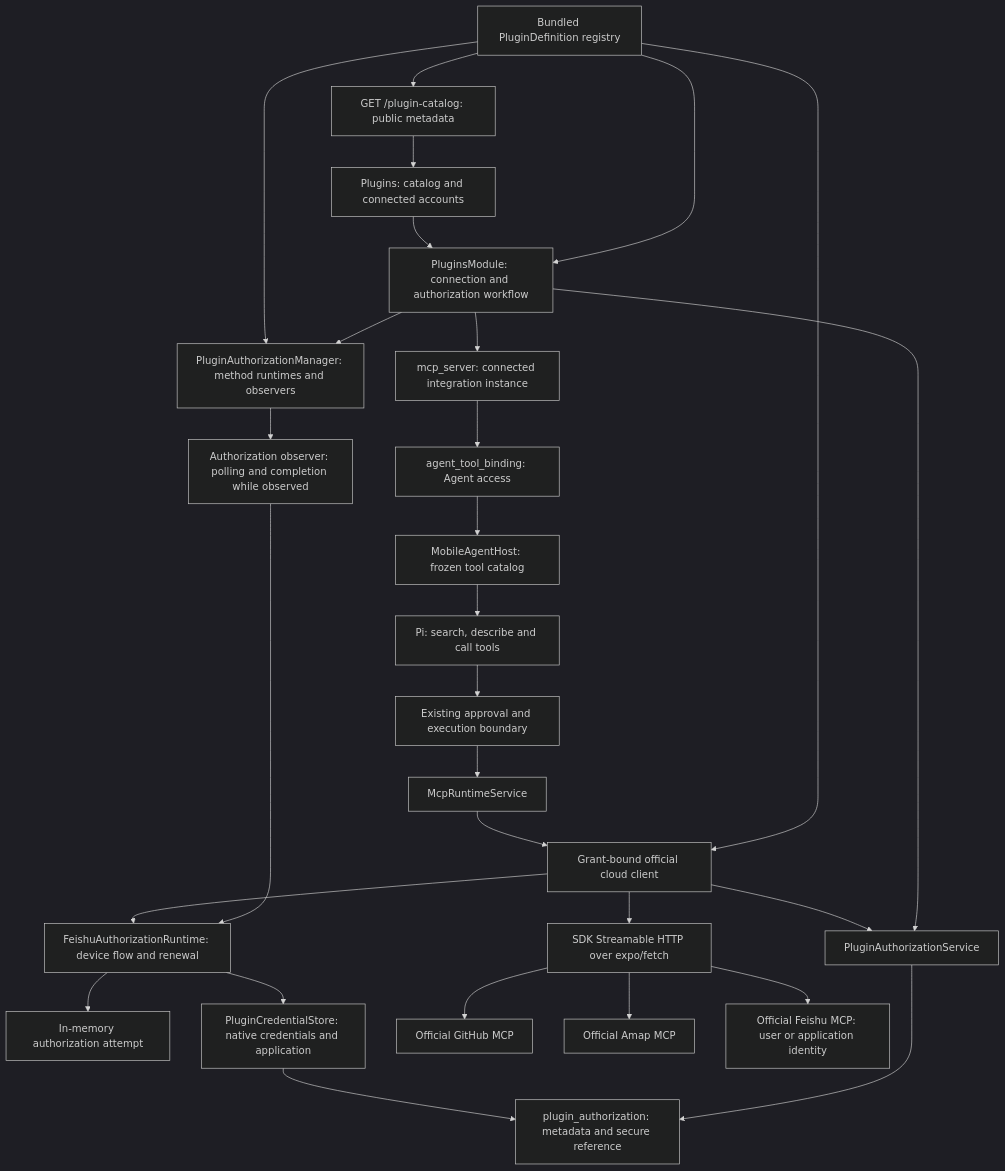
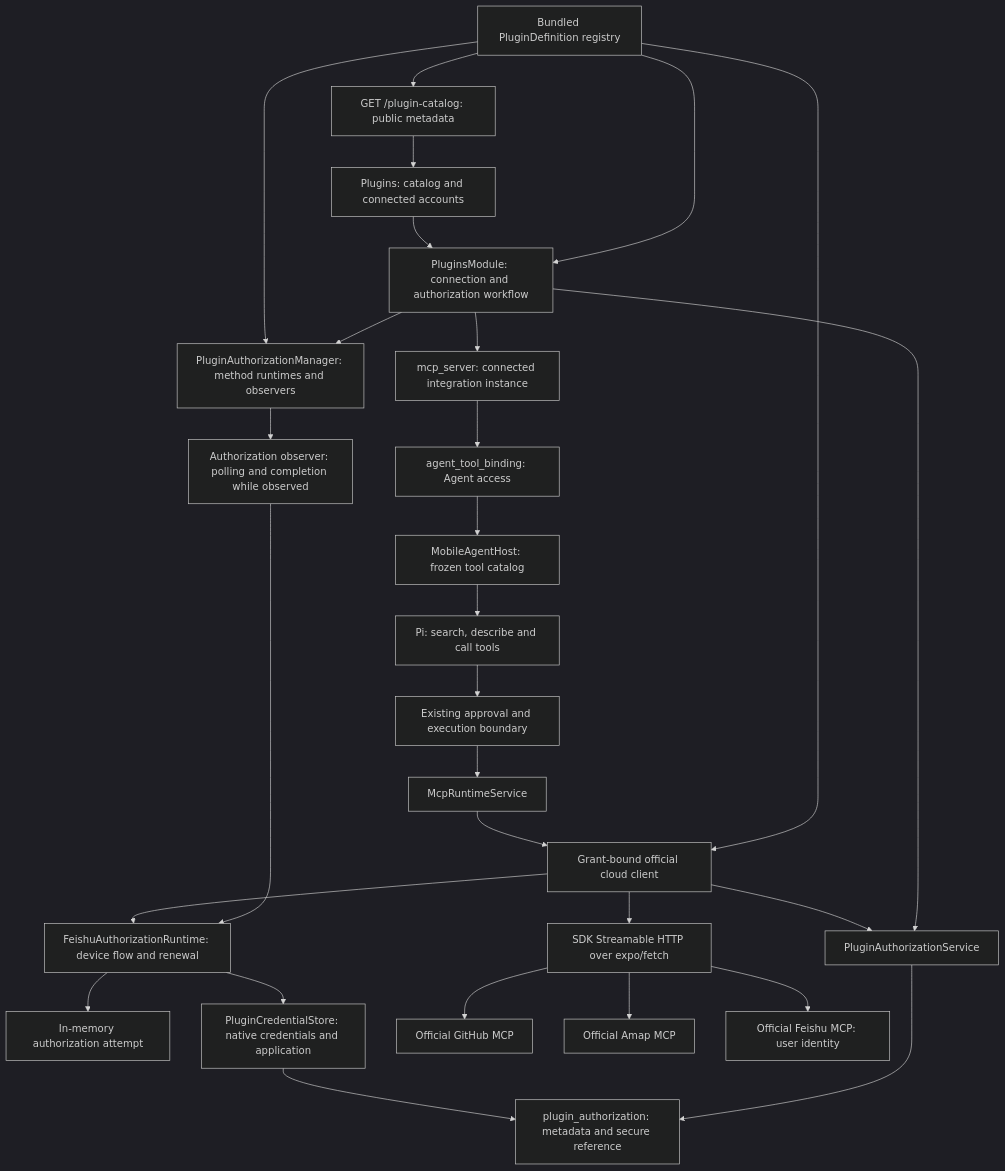
Before and after one commit to CherryHQ/cherry-studio-app: the diagram in docs/references/agent/built-in-mcp-design.md, drawn with Mermaid (dark theme). The commit also changed other lines of this file and 17 other files, not shown here.

````diff
--- a/docs/references/agent/built-in-mcp-design.md
+++ b/docs/references/agent/built-in-mcp-design.md
@@ -279,30 +280,30 @@
 ```mermaid
 flowchart TD
   Registry["Bundled PluginDefinition registry"] --> Catalog["GET /plugin-catalog: public metadata"]
   Catalog --> Settings["Plugins: catalog and connected accounts"]
   Registry --> Workflow["PluginsModule: connection and authorization workflow"]
   Settings --> Workflow
   Registry --> Client["Grant-bound official cloud client"]
   Workflow --> Auth["PluginAuthorizationService"]
   Auth --> AuthTable["plugin_authorization: metadata and secure reference"]
   Workflow --> Manager["PluginAuthorizationManager: method runtimes and observers"]
   Registry --> Manager
   Manager --> Observer["Authorization observer: polling and completion while observed"]
   Observer --> UserAuth["FeishuAuthorizationRuntime: device flow and renewal"]
   UserAuth --> State["In-memory authorization attempt"]
   UserAuth --> Secrets["PluginCredentialStore: native credentials and application"]
   Secrets --> AuthTable
   Workflow --> Server["mcp_server: connected integration instance"]
   Server --> Binding["agent_tool_binding: Agent access"]
   Binding --> Host["MobileAgentHost: frozen tool catalog"]
   Host --> Pi["Pi: search, describe and call tools"]
   Pi --> Approval["Existing approval and execution boundary"]
   Approval --> MCP["McpRuntimeService"]
   MCP --> Client["Grant-bound official cloud client"]
   Client --> Auth
   Client --> UserAuth
   Client --> Remote["SDK Streamable HTTP over expo/fetch"]
   Remote --> GitHub["Official GitHub MCP"]
   Remote --> Amap["Official Amap MCP"]
-  Remote --> Feishu["Official Feishu MCP: user or application identity"]
+  Remote --> Feishu["Official Feishu MCP: user identity"]
 ```
````
